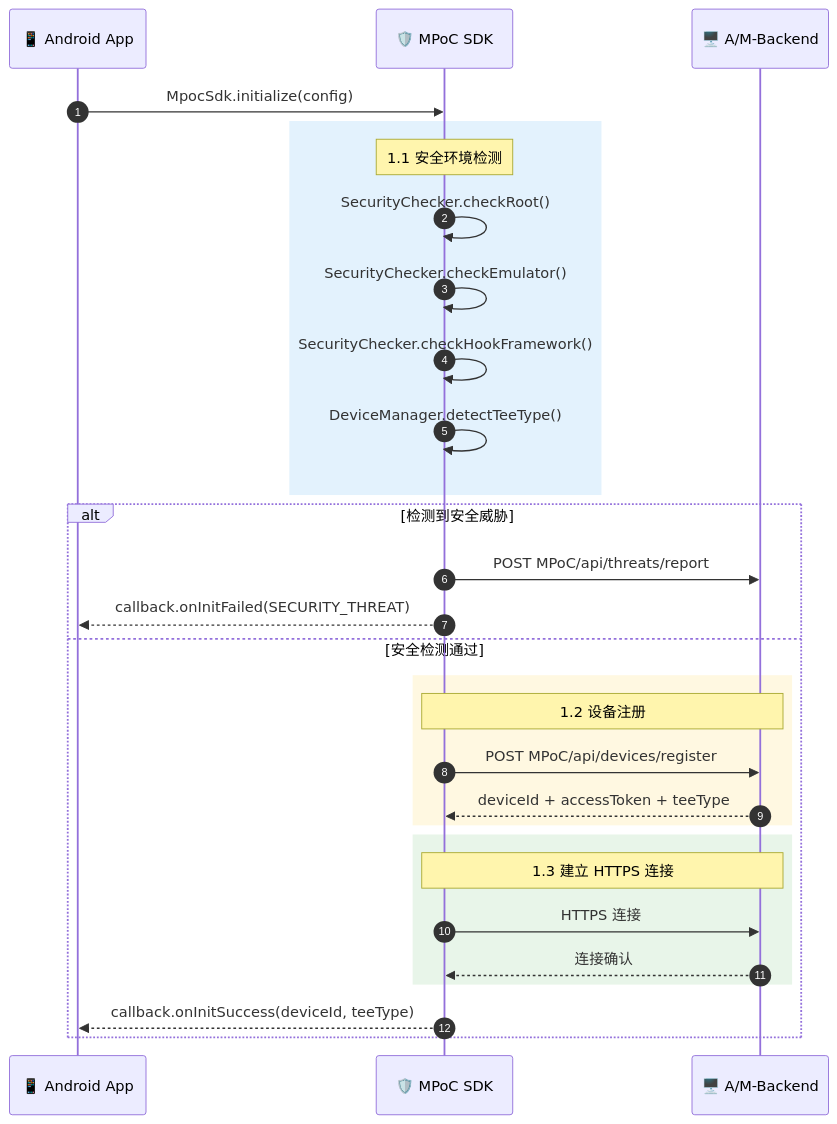
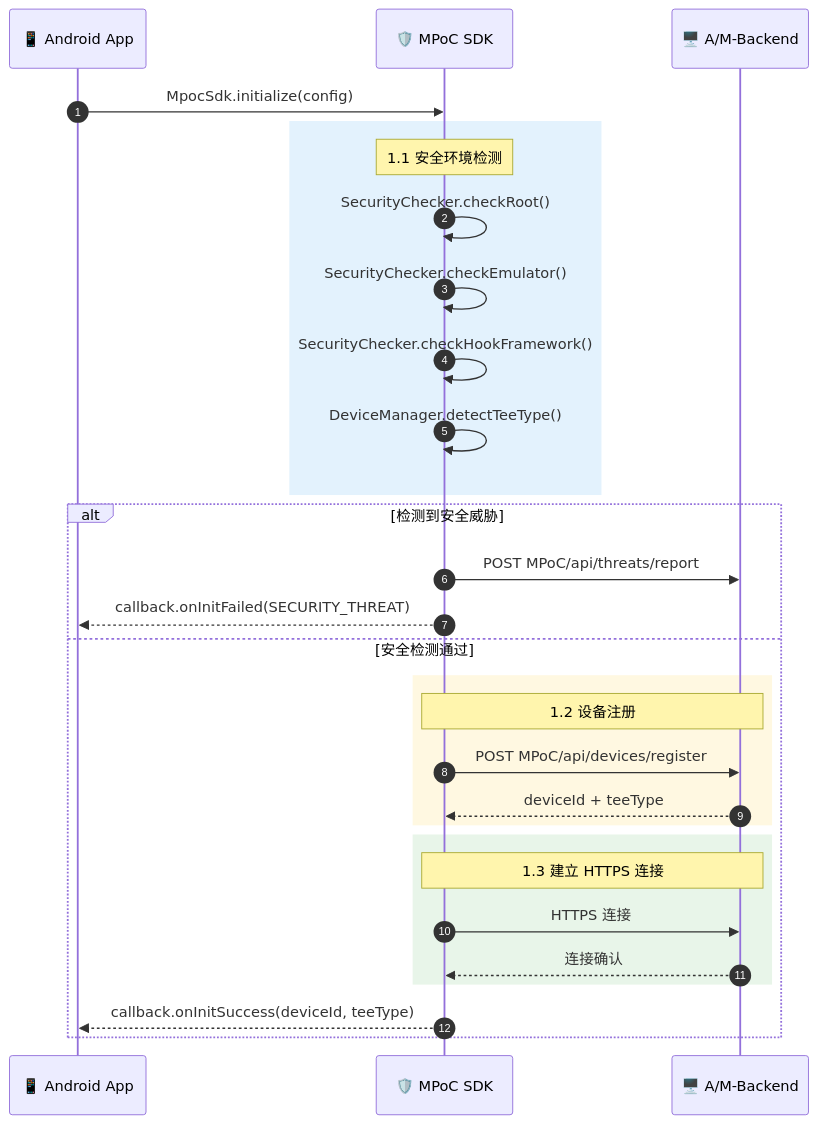
Before and after one commit to kevinwangl/sunbay-softpos-docs: the fifth of 21 diagrams in solution/MPOC_SDK_API_GUIDE.md, drawn with Mermaid. The commit also changed other lines of this file, not shown here.

````diff
--- a/solution/MPOC_SDK_API_GUIDE.md
+++ b/solution/MPOC_SDK_API_GUIDE.md
@@ -481,36 +380,36 @@
 ```mermaid
 sequenceDiagram
     autonumber
     participant App as 📱 Android App
     participant SDK as 🛡️ MPoC SDK
     participant Backend as 🖥️ A/M-Backend
 
     App->>SDK: MpocSdk.initialize(config)
     
     rect rgb(227, 242, 253)
         Note over SDK: 1.1 安全环境检测
         SDK->>SDK: SecurityChecker.checkRoot()
         SDK->>SDK: SecurityChecker.checkEmulator()
         SDK->>SDK: SecurityChecker.checkHookFramework()
         SDK->>SDK: DeviceManager.detectTeeType()
     end
     
     alt 检测到安全威胁
         SDK->>Backend: POST MPoC/api/threats/report
         SDK-->>App: callback.onInitFailed(SECURITY_THREAT)
     else 安全检测通过
         rect rgb(255, 248, 225)
             Note over SDK,Backend: 1.2 设备注册
             SDK->>Backend: POST MPoC/api/devices/register
-            Backend-->>SDK: deviceId + accessToken + teeType
+            Backend-->>SDK: deviceId + teeType
         end
         
         rect rgb(232, 245, 233)
             Note over SDK,Backend: 1.3 建立 HTTPS 连接
             SDK->>Backend: HTTPS 连接
             Backend-->>SDK: 连接确认
         end
         
         SDK-->>App: callback.onInitSuccess(deviceId, teeType)
     end
 ```
````
